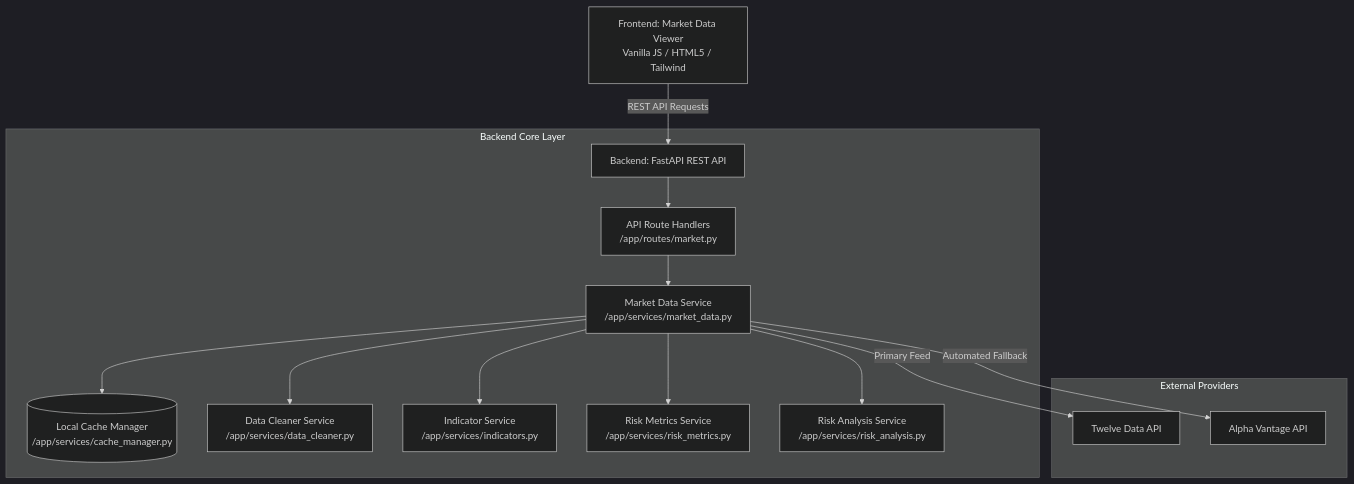
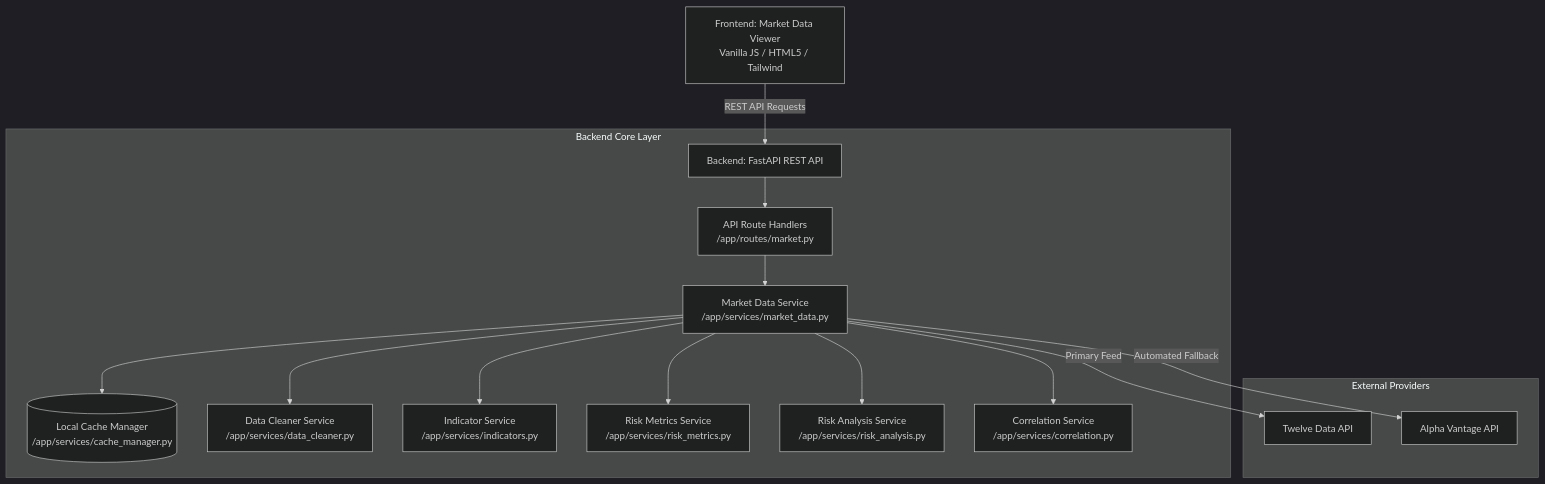
One commit to srinithiboopathi/fintech changed the first of 3 diagrams in docs/architecture.md. Above: the diagram before and after it, drawn with Mermaid (dark theme). The commit also changed other lines of this file and 13 other files, not shown here.

````diff
--- a/docs/architecture.md
+++ b/docs/architecture.md
@@ -7,20 +7,21 @@
 ```mermaid
 graph TD
     UI[Frontend: Market Data Viewer<br/>Vanilla JS / HTML5 / Tailwind] -->|REST API Requests| API[Backend: FastAPI REST API]
     
     subgraph "Backend Core Layer"
         API --> Routes[API Route Handlers<br/>/app/routes/market.py]
         Routes --> MDS[Market Data Service<br/>/app/services/market_data.py]
         
         MDS --> CM[(Local Cache Manager<br/>/app/services/cache_manager.py)]
         MDS --> DC[Data Cleaner Service<br/>/app/services/data_cleaner.py]
         MDS --> IS[Indicator Service<br/>/app/services/indicators.py]
         MDS --> RMS[Risk Metrics Service<br/>/app/services/risk_metrics.py]
         MDS --> RAS[Risk Analysis Service<br/>/app/services/risk_analysis.py]
+        MDS --> CS[Correlation Service<br/>/app/services/correlation.py]
     end
     
     subgraph "External Providers"
         MDS -->|Primary Feed| TD[Twelve Data API]
         MDS -->|Automated Fallback| AV[Alpha Vantage API]
     end
 ```
````
